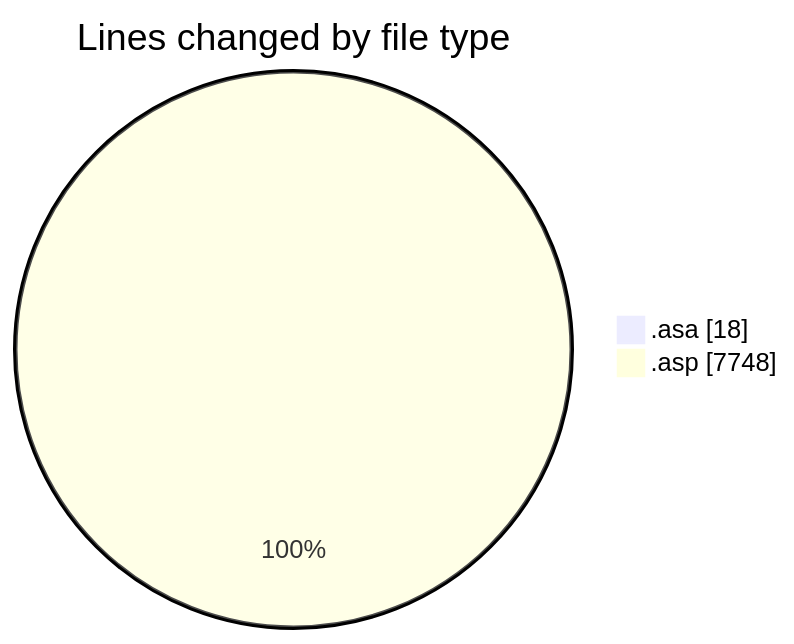
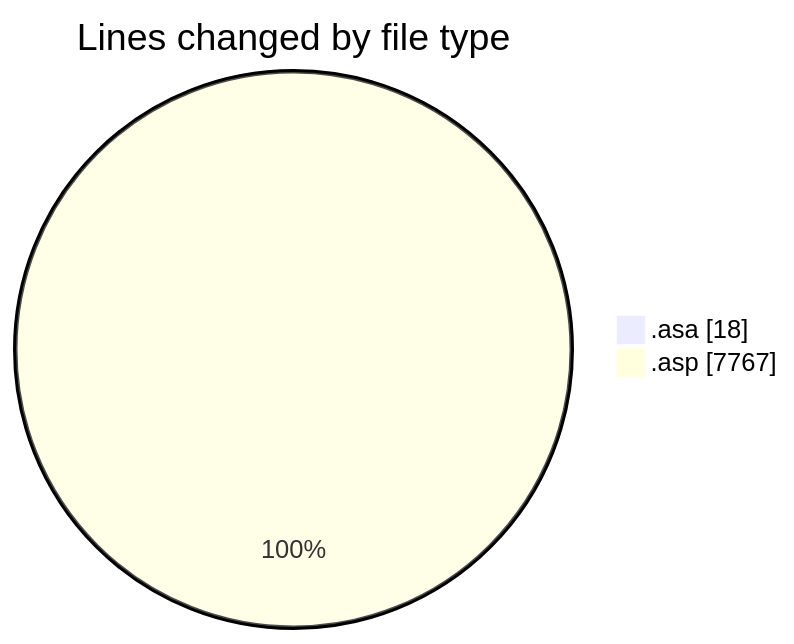
Before and after one commit to julien-gomy/code-tracking: the first of 2 diagrams in 2025-11-06/usr_aleoudev_fr__workspace_/README.md, drawn with Mermaid. The commit also changed other lines of this file and 1 other file, not shown here.

````diff
--- a/2025-11-06/usr_aleoudev_fr__workspace_/README.md
+++ b/2025-11-06/usr_aleoudev_fr__workspace_/README.md
@@ -24,6 +24,6 @@
 ```mermaid
 pie showData
 title Lines changed by file type
 ".asa" : 18
-".asp" : 7748
+".asp" : 7767
 ```
````
